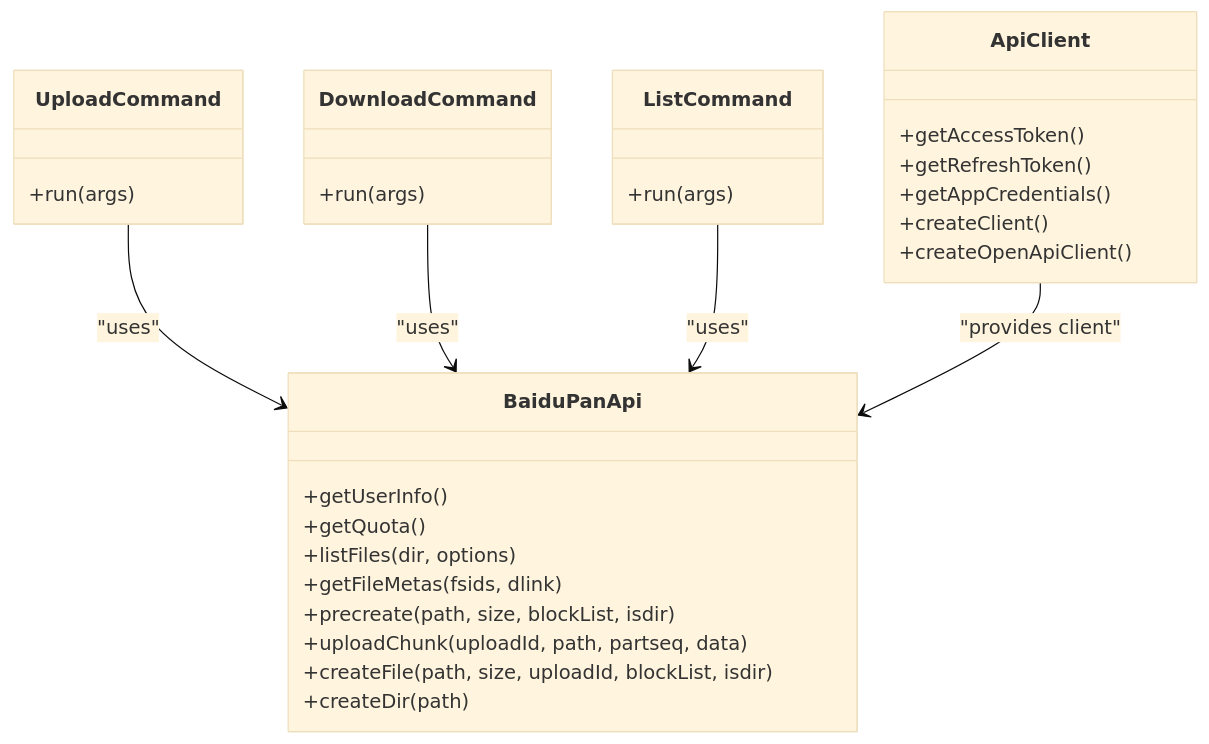
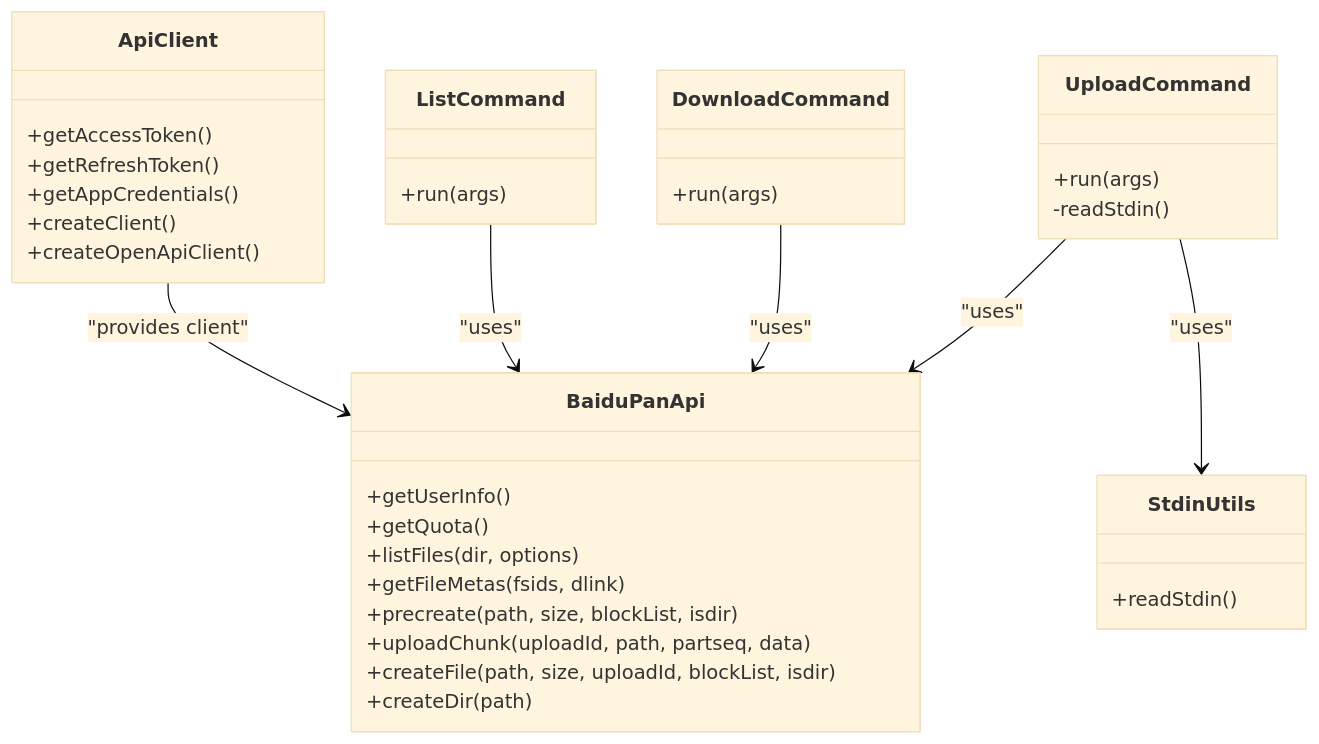
Before and after one commit to yuexiaoliang/baiduwangpan-manager: the fifth of 6 diagrams in .qoder/repowiki/en/content/Advanced Usage & Automation.md, drawn with Mermaid (base theme). The commit also changed other lines of this file and 30 other files, not shown here.

````diff
--- a/.qoder/repowiki/en/content/Advanced Usage & Automation.md
+++ b/.qoder/repowiki/en/content/Advanced Usage & Automation.md
@@ -238,33 +285,38 @@
 ```mermaid
 classDiagram
 class BaiduPanApi {
 +getUserInfo()
 +getQuota()
 +listFiles(dir, options)
 +getFileMetas(fsids, dlink)
 +precreate(path, size, blockList, isdir)
 +uploadChunk(uploadId, path, partseq, data)
 +createFile(path, size, uploadId, blockList, isdir)
 +createDir(path)
 }
 class ApiClient {
 +getAccessToken()
 +getRefreshToken()
 +getAppCredentials()
 +createClient()
 +createOpenApiClient()
 }
 class UploadCommand {
 +run(args)
+-readStdin()
 }
 class DownloadCommand {
 +run(args)
 }
 class ListCommand {
 +run(args)
 }
+class StdinUtils {
++readStdin()
+}
 UploadCommand --> BaiduPanApi : "uses"
+UploadCommand --> StdinUtils : "uses"
 DownloadCommand --> BaiduPanApi : "uses"
 ListCommand --> BaiduPanApi : "uses"
 ApiClient --> BaiduPanApi : "provides client"
 ```
````
